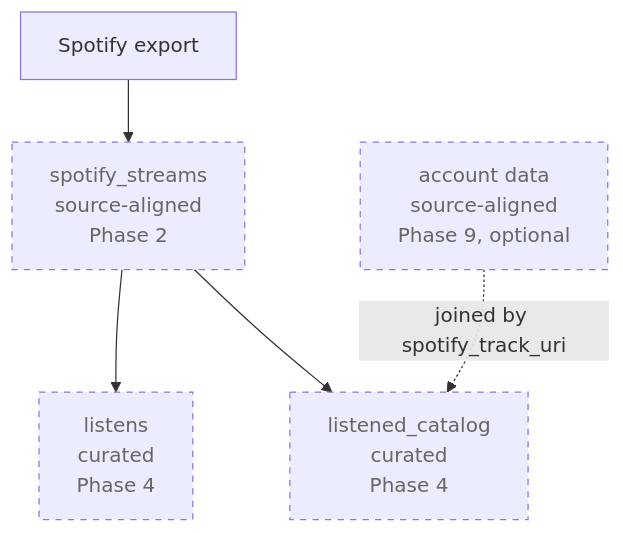
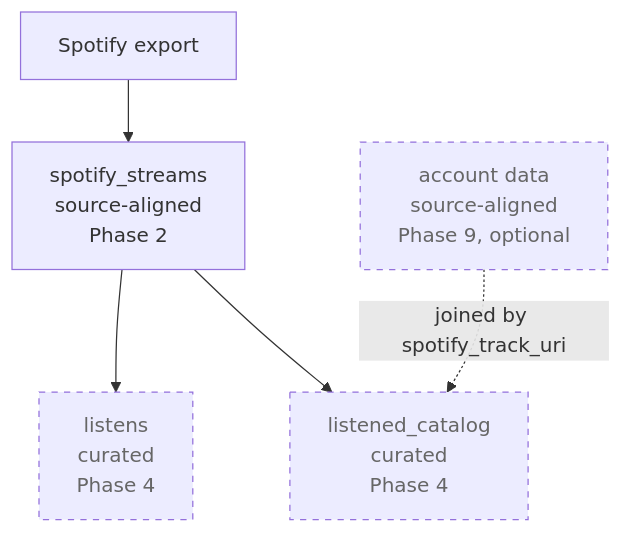
The fourth of 7 diagrams in docs/architecture.md (cordon-thiago/spotify-data-mesh), drawn with Mermaid before and after one commit. The commit also changed other lines of this file and 5 other files, not shown here.

````diff
--- a/docs/architecture.md
+++ b/docs/architecture.md
@@ -131,14 +131,14 @@
 ```mermaid
 flowchart TD
     src[Spotify export]
-    p1[spotify_streams<br/>source-aligned<br/>Phase 2]:::planned
+    p1[spotify_streams<br/>source-aligned<br/>Phase 2]
     p2[listens<br/>curated<br/>Phase 4]:::planned
     p3[listened_catalog<br/>curated<br/>Phase 4]:::planned
     p4[account data<br/>source-aligned<br/>Phase 9, optional]:::planned
     src --> p1
     p1 --> p2
     p1 --> p3
     p4 -.->|joined by spotify_track_uri| p3
 
     classDef planned stroke-dasharray: 5 5,color:#666
 ```
````
